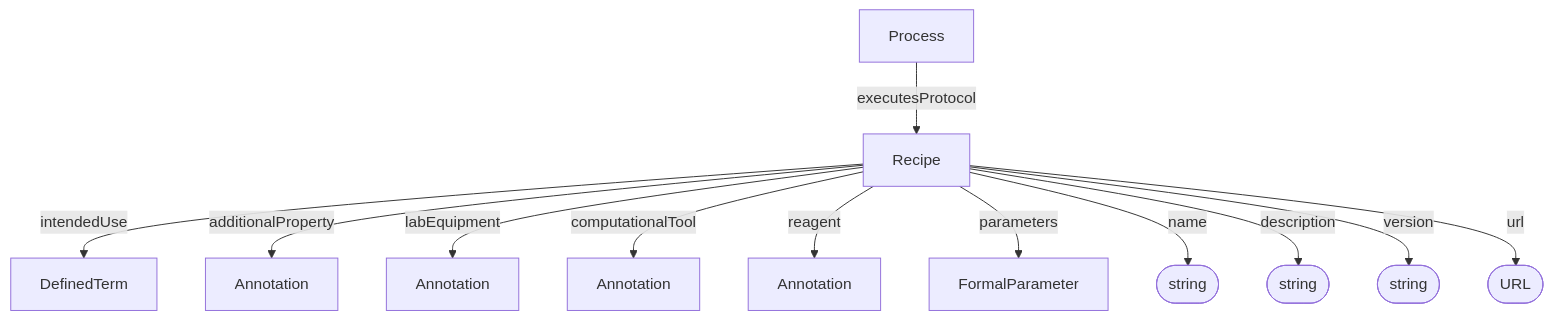
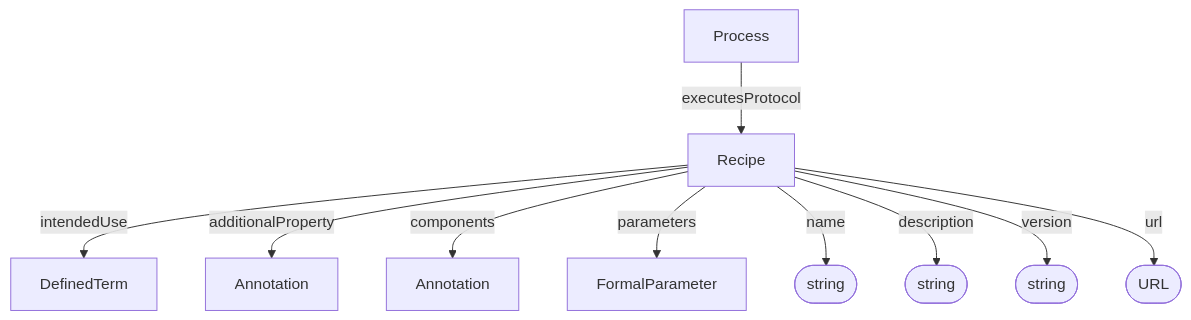
Before and after one commit to HLWeil/ProcessCore: the diagram in docs/spec/process_core/Recipe.md, drawn with Mermaid. The commit also changed other lines of this file and 45 other files, not shown here.

````diff
--- a/docs/spec/process_core/Recipe.md
+++ b/docs/spec/process_core/Recipe.md
@@ -38,25 +36,21 @@
 ```mermaid
 flowchart TD
 
     na@{ shape: stadium, label: "string" }
     de@{ shape: stadium, label: "string" }
     ve@{ shape: stadium, label: "string" }
     ur@{ shape: stadium, label: "URL" }
     av[Annotation]
-    le[Annotation]
-    ct[Annotation]
-    re[Annotation]
+    co[Annotation]
 
     Process --executesProtocol--> Recipe
     Recipe --intendedUse--> DefinedTerm
     Recipe --additionalProperty--> av
-    Recipe --labEquipment--> le
-    Recipe --computationalTool--> ct
-    Recipe --reagent--> re
+    Recipe --components--> co
     Recipe --parameters--> FormalParameter
     Recipe --name--> na
     Recipe --description--> de
     Recipe --version--> ve
     Recipe --url--> ur
 
 ```
````
